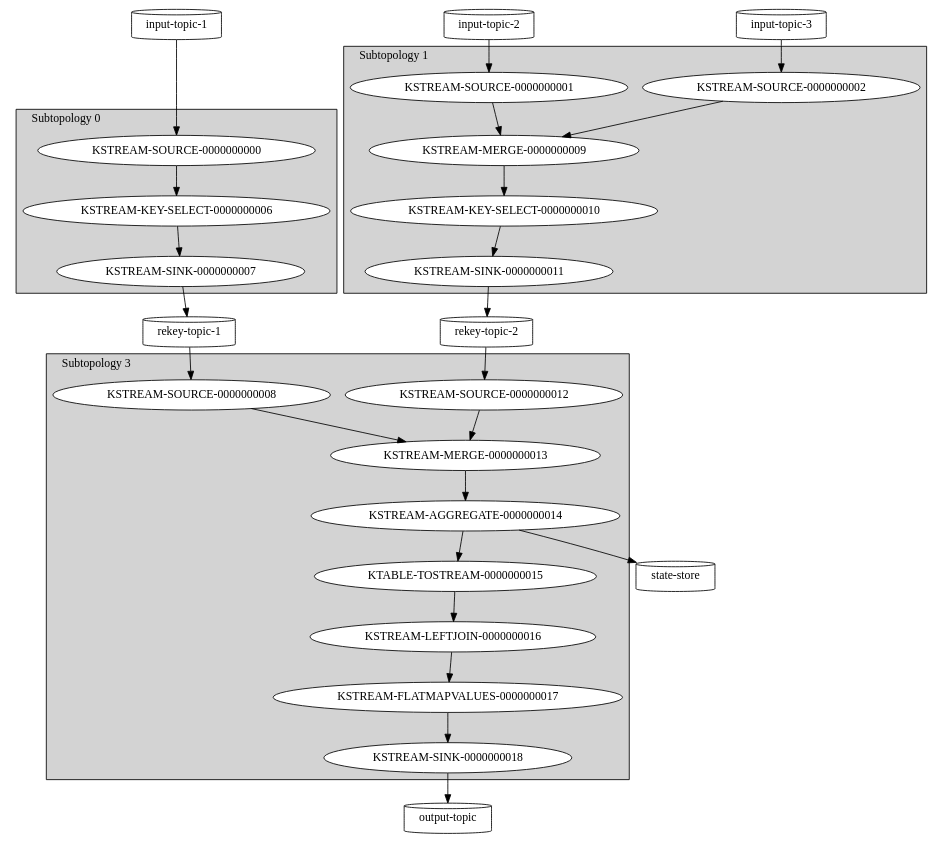
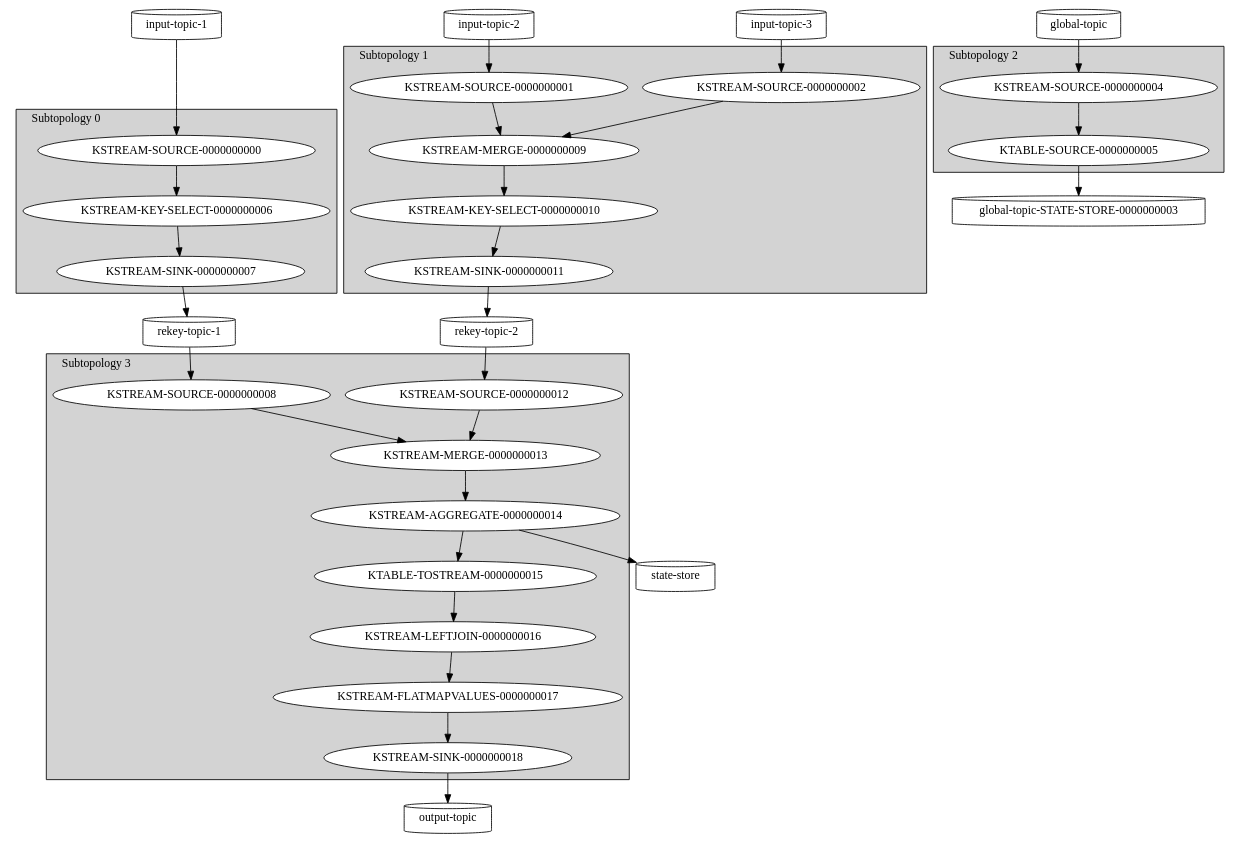
The diagram in examples/ex2.dot (CasperKoning/kafka-streams-graphviz), drawn with Graphviz before and after one commit. The commit also changed 5 other files, not shown here.

Commit message:
Implement graph for global state stores

```diff
--- a/examples/ex2.dot
+++ b/examples/ex2.dot
@@ -1,54 +1,64 @@
 digraph "kafka-streams-topology" {
 edge ["dir"="forward"]
 "input-topic-1" ["shape"="cylinder"]
 "input-topic-2" ["shape"="cylinder"]
 "input-topic-3" ["shape"="cylinder"]
 "rekey-topic-1" ["shape"="cylinder"]
 "rekey-topic-2" ["shape"="cylinder"]
 "output-topic" ["shape"="cylinder"]
 "state-store" ["shape"="cylinder"]
+"global-topic" ["shape"="cylinder"]
+"global-topic-STATE-STORE-0000000003" ["shape"="cylinder"]
 subgraph "cluster_topology_0" {
 edge ["dir"="forward"]
 graph ["style"="filled","label"="Subtopology 0","labeljust"="l"]
 node ["style"="filled","fillcolor"="white"]
 "KSTREAM-SOURCE-0000000000" -> "KSTREAM-KEY-SELECT-0000000006" ["arrowhead"="normal"]
 "KSTREAM-KEY-SELECT-0000000006" -> "KSTREAM-SINK-0000000007" ["arrowhead"="normal"]
 }
 subgraph "cluster_topology_1" {
 edge ["dir"="forward"]
 graph ["style"="filled","label"="Subtopology 1","labeljust"="l"]
 node ["style"="filled","fillcolor"="white"]
 "KSTREAM-SOURCE-0000000001" -> "KSTREAM-MERGE-0000000009" ["arrowhead"="normal"]
 "KSTREAM-MERGE-0000000009" -> "KSTREAM-KEY-SELECT-0000000010" ["arrowhead"="normal"]
 "KSTREAM-SOURCE-0000000002" -> "KSTREAM-MERGE-0000000009" ["arrowhead"="normal"]
 "KSTREAM-KEY-SELECT-0000000010" -> "KSTREAM-SINK-0000000011" ["arrowhead"="normal"]
 }
 subgraph "cluster_topology_3" {
 edge ["dir"="forward"]
 graph ["style"="filled","label"="Subtopology 3","labeljust"="l"]
 node ["style"="filled","fillcolor"="white"]
 "KSTREAM-SOURCE-0000000008" -> "KSTREAM-MERGE-0000000013" ["arrowhead"="normal"]
 "KSTREAM-MERGE-0000000013" -> "KSTREAM-AGGREGATE-0000000014" ["arrowhead"="normal"]
 "KSTREAM-SOURCE-0000000012" -> "KSTREAM-MERGE-0000000013" ["arrowhead"="normal"]
 "KSTREAM-AGGREGATE-0000000014" -> "KTABLE-TOSTREAM-0000000015" ["arrowhead"="normal"]
 "KTABLE-TOSTREAM-0000000015" -> "KSTREAM-LEFTJOIN-0000000016" ["arrowhead"="normal"]
 "KSTREAM-LEFTJOIN-0000000016" -> "KSTREAM-FLATMAPVALUES-0000000017" ["arrowhead"="normal"]
 "KSTREAM-FLATMAPVALUES-0000000017" -> "KSTREAM-SINK-0000000018" ["arrowhead"="normal"]
 }
+subgraph "cluster_topology_2" {
+edge ["dir"="forward"]
+graph ["style"="filled","label"="Subtopology 2","labeljust"="l"]
+node ["style"="filled","fillcolor"="white"]
+"KSTREAM-SOURCE-0000000004" -> "KTABLE-SOURCE-0000000005" ["arrowhead"="normal"]
+}
 {
 edge ["dir"="none"]
 graph ["rank"="same"]
 "input-topic-1"
 "input-topic-2"
 "input-topic-3"
 }
 "input-topic-1" -> "KSTREAM-SOURCE-0000000000" ["arrowhead"="normal"]
 "input-topic-2" -> "KSTREAM-SOURCE-0000000001" ["arrowhead"="normal"]
 "input-topic-3" -> "KSTREAM-SOURCE-0000000002" ["arrowhead"="normal"]
 "rekey-topic-1" -> "KSTREAM-SOURCE-0000000008" ["arrowhead"="normal"]
 "rekey-topic-2" -> "KSTREAM-SOURCE-0000000012" ["arrowhead"="normal"]
 "KSTREAM-SINK-0000000007" -> "rekey-topic-1" ["arrowhead"="normal"]
 "KSTREAM-SINK-0000000011" -> "rekey-topic-2" ["arrowhead"="normal"]
 "KSTREAM-SINK-0000000018" -> "output-topic" ["arrowhead"="normal"]
 "KSTREAM-AGGREGATE-0000000014" -> "state-store" ["arrowhead"="normal"]
+"global-topic" -> "KSTREAM-SOURCE-0000000004" ["arrowhead"="normal"]
+"KTABLE-SOURCE-0000000005" -> "global-topic-STATE-STORE-0000000003" ["arrowhead"="normal"]
 }
```
